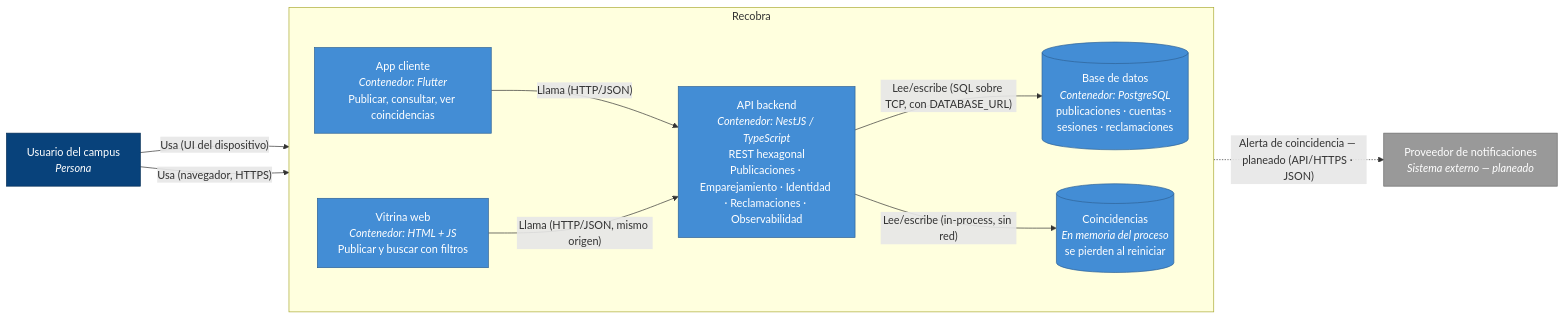
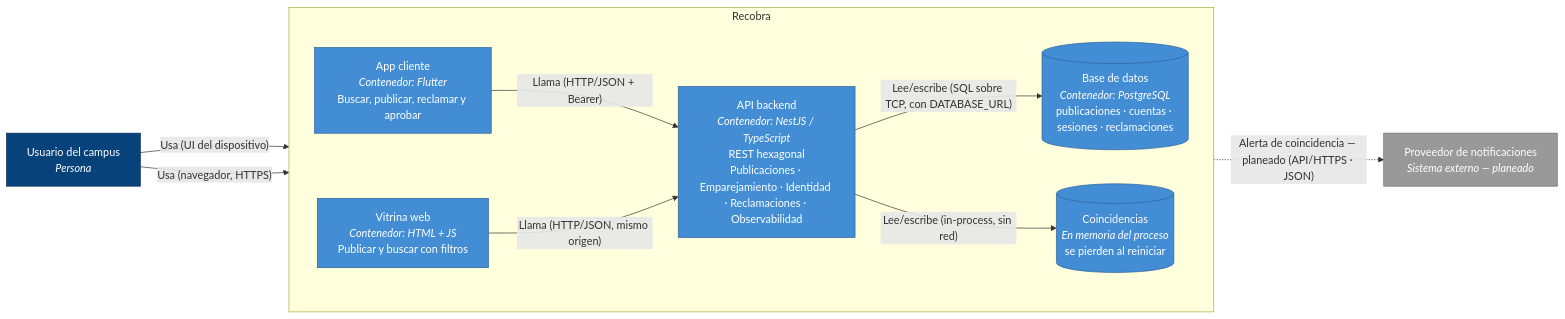
The diagram in docs/c4/C4-C2.md (ISCOUTB/AS_202620_Recobra), drawn with Mermaid before and after one commit. The commit also changed other lines of this file and 17 other files, not shown here.

Commit message:
App Flutter con cuentas, publicar y reclamar, y diseno alineado con la app UTB

````diff
--- a/docs/c4/C4-C2.md
+++ b/docs/c4/C4-C2.md
@@ -20,30 +20,30 @@
 ```mermaid
 flowchart LR
     usuario["Usuario del campus<br/><i>Persona</i>"]
     notif["Proveedor de notificaciones<br/><i>Sistema externo — planeado</i>"]
 
     subgraph recobra["Recobra"]
         direction LR
-        app["App cliente<br/><i>Contenedor: Flutter</i><br/>Publicar, consultar, ver coincidencias"]
+        app["App cliente<br/><i>Contenedor: Flutter</i><br/>Buscar, publicar, reclamar y aprobar"]
         web["Vitrina web<br/><i>Contenedor: HTML + JS</i><br/>Publicar y buscar con filtros"]
         api["API backend<br/><i>Contenedor: NestJS / TypeScript</i><br/>REST hexagonal<br/>Publicaciones · Emparejamiento · Identidad · Reclamaciones · Observabilidad"]
         bd[("Base de datos<br/><i>Contenedor: PostgreSQL</i><br/>publicaciones · cuentas · sesiones · reclamaciones")]
         mem[("Coincidencias<br/><i>En memoria del proceso</i><br/>se pierden al reiniciar")]
     end
 
     usuario -->|"Usa (UI del dispositivo)"| app
     usuario -->|"Usa (navegador, HTTPS)"| web
-    app -->|"Llama (HTTP/JSON)"| api
+    app -->|"Llama (HTTP/JSON + Bearer)"| api
     web -->|"Llama (HTTP/JSON, mismo origen)"| api
     api -->|"Lee/escribe (SQL sobre TCP, con DATABASE_URL)"| bd
     api -->|"Lee/escribe (in-process, sin red)"| mem
     api -.->|"Alerta de coincidencia — planeado (API/HTTPS · JSON)"| notif
 
     classDef persona fill:#08427b,color:#fff,stroke:#052e56;
     classDef contenedor fill:#438dd5,color:#fff,stroke:#2e6295;
     classDef externo fill:#999999,color:#fff,stroke:#6b6b6b;
 
     class usuario persona;
     class app,web,api,bd,mem contenedor;
     class notif externo;
 ```
````
